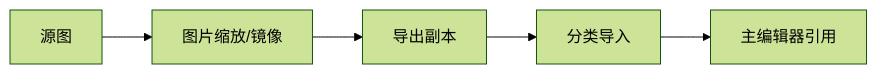
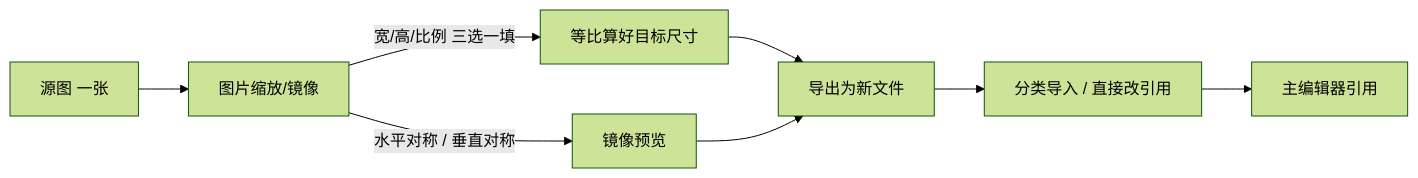
One commit to wubugui/GDoc changed the diagram in docs/editors/asset-domain/image-resizer.md. Above: the diagram before and after it, drawn with Mermaid (forest theme). The commit also changed other lines of this file and 112 other files, not shown here.

````diff
--- a/docs/editors/asset-domain/image-resizer.md
+++ b/docs/editors/asset-domain/image-resizer.md
@@ -77,7 +35,10 @@
 ```mermaid
 flowchart LR
-  SRC[源图] --> RS[图片缩放/镜像]
-  RS --> COPY[导出副本]
-  COPY --> ING[分类导入]
+  SRC[源图 一张] --> RS[图片缩放/镜像]
+  RS -->|宽/高/比例 三选一填| SIZE[等比算好目标尺寸]
+  RS -->|水平对称 / 垂直对称| MIRROR[镜像预览]
+  SIZE --> COPY[导出为新文件]
+  MIRROR --> COPY
+  COPY --> ING[分类导入 / 直接改引用]
   ING --> ED[主编辑器引用]
 ```
````
